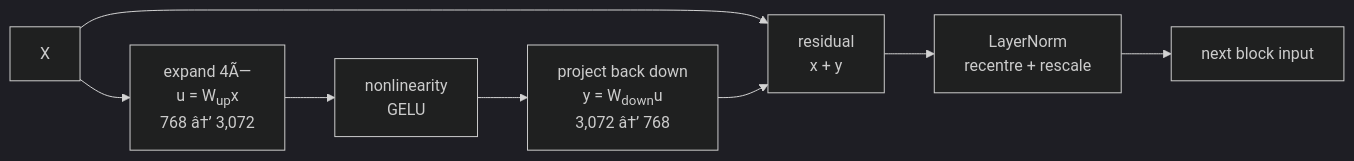
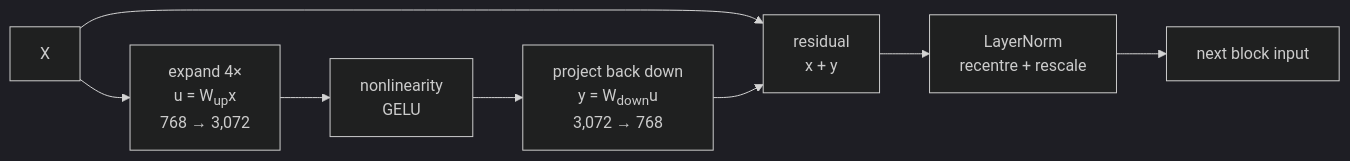
Before and after one commit to Mostakim2005/gpt-moe-3d-explainer: the fifth of 9 diagrams in docs/algorithms.md, drawn with Mermaid (dark theme). The commit also changed other lines of this file and 11 other files, not shown here.

````diff
--- a/docs/algorithms.md
+++ b/docs/algorithms.md
@@ -83,10 +108,10 @@
 ```mermaid
 flowchart LR
-    X --> UP[expand 4Ã—\nu = W<sub>up</sub>x\n768 â†’ 3,072]
+    X --> UP[expand 4×\nu = W<sub>up</sub>x\n768 → 3,072]
     UP --> ACT[nonlinearity\nGELU]
-    ACT --> DOWN[project back down\ny = W<sub>down</sub>u\n3,072 â†’ 768]
+    ACT --> DOWN[project back down\ny = W<sub>down</sub>u\n3,072 → 768]
     X --> ADD[residual\nx + y]
     DOWN --> ADD
     ADD --> LN[LayerNorm\nrecentre + rescale]
     LN --> NEXT[next block input]
 ```
````
